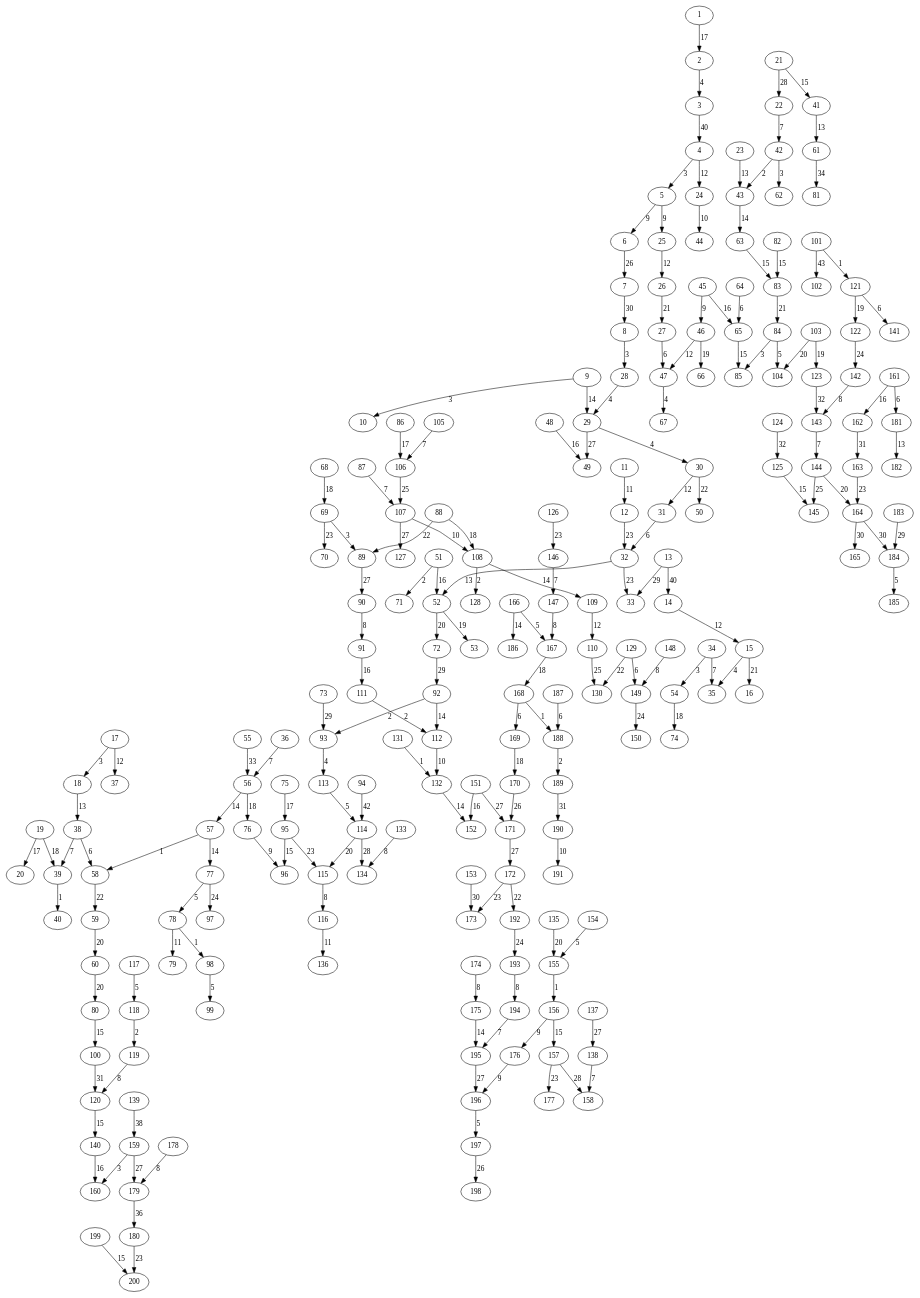
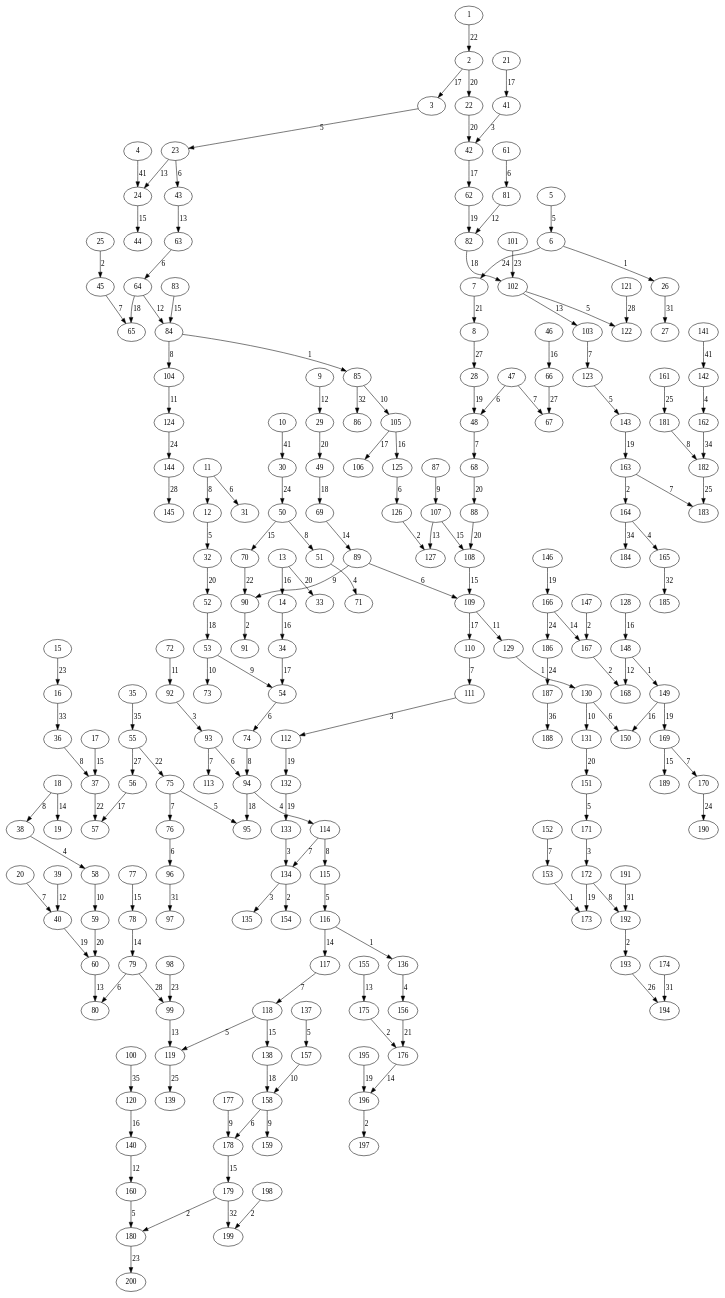
One commit to stormKx18/cic_algoritmos_proyecto4_Christian_Jaime changed the diagram in graphviz/grafoMalla_m_20_n_10_KruskalD.gv. Above: the diagram before and after it, drawn with Graphviz. The commit also changed 19 other files, not shown here.

```diff
--- a/graphviz/grafoMalla_m_20_n_10_KruskalD.gv
+++ b/graphviz/grafoMalla_m_20_n_10_KruskalD.gv
@@ -1,201 +1,401 @@
 digraph grafoMalla_m_20_n_10_KruskalD {
-39 -> 40[label=1 weight=1];
-57 -> 58[label=1 weight=1];
-131 -> 132[label=1 weight=1];
-101 -> 121[label=1 weight=1];
-78 -> 98[label=1 weight=1];
-168 -> 188[label=1 weight=1];
-155 -> 156[label=1 weight=1];
-118 -> 119[label=2 weight=2];
-108 -> 128[label=2 weight=2];
-111 -> 112[label=2 weight=2];
-51 -> 71[label=2 weight=2];
-188 -> 189[label=2 weight=2];
-92 -> 93[label=2 weight=2];
-42 -> 43[label=2 weight=2];
-4 -> 5[label=3 weight=3];
-42 -> 62[label=3 weight=3];
-84 -> 85[label=3 weight=3];
-9 -> 10[label=3 weight=3];
-159 -> 160[label=3 weight=3];
-8 -> 28[label=3 weight=3];
-17 -> 18[label=3 weight=3];
-34 -> 54[label=3 weight=3];
-69 -> 89[label=3 weight=3];
-15 -> 35[label=4 weight=4];
-29 -> 30[label=4 weight=4];
-2 -> 3[label=4 weight=4];
-28 -> 29[label=4 weight=4];
-93 -> 113[label=4 weight=4];
-47 -> 67[label=4 weight=4];
-117 -> 118[label=5 weight=5];
-113 -> 114[label=5 weight=5];
-98 -> 99[label=5 weight=5];
-196 -> 197[label=5 weight=5];
-184 -> 185[label=5 weight=5];
-84 -> 104[label=5 weight=5];
-166 -> 167[label=5 weight=5];
-77 -> 78[label=5 weight=5];
-154 -> 155[label=5 weight=5];
-31 -> 32[label=6 weight=6];
-64 -> 65[label=6 weight=6];
-129 -> 149[label=6 weight=6];
-121 -> 141[label=6 weight=6];
-27 -> 47[label=6 weight=6];
-187 -> 188[label=6 weight=6];
-168 -> 169[label=6 weight=6];
-161 -> 181[label=6 weight=6];
-38 -> 58[label=6 weight=6];
-105 -> 106[label=7 weight=7];
-194 -> 195[label=7 weight=7];
-87 -> 107[label=7 weight=7];
-22 -> 42[label=7 weight=7];
-38 -> 39[label=7 weight=7];
-36 -> 56[label=7 weight=7];
-146 -> 147[label=7 weight=7];
-143 -> 144[label=7 weight=7];
-34 -> 35[label=7 weight=7];
-138 -> 158[label=7 weight=7];
-119 -> 120[label=8 weight=8];
-115 -> 116[label=8 weight=8];
-193 -> 194[label=8 weight=8];
-90 -> 91[label=8 weight=8];
-178 -> 179[label=8 weight=8];
-174 -> 175[label=8 weight=8];
-148 -> 149[label=8 weight=8];
-147 -> 167[label=8 weight=8];
-142 -> 143[label=8 weight=8];
-133 -> 134[label=8 weight=8];
-176 -> 196[label=9 weight=9];
-45 -> 46[label=9 weight=9];
-5 -> 25[label=9 weight=9];
-156 -> 176[label=9 weight=9];
-76 -> 96[label=9 weight=9];
-5 -> 6[label=9 weight=9];
-112 -> 132[label=10 weight=10];
-107 -> 108[label=10 weight=10];
-24 -> 44[label=10 weight=10];
-190 -> 191[label=10 weight=10];
-116 -> 136[label=11 weight=11];
-11 -> 12[label=11 weight=11];
-78 -> 79[label=11 weight=11];
-30 -> 31[label=12 weight=12];
-14 -> 15[label=12 weight=12];
-109 -> 110[label=12 weight=12];
-25 -> 26[label=12 weight=12];
-46 -> 47[label=12 weight=12];
-4 -> 24[label=12 weight=12];
-17 -> 37[label=12 weight=12];
-32 -> 52[label=13 weight=13];
-23 -> 43[label=13 weight=13];
-181 -> 182[label=13 weight=13];
-41 -> 61[label=13 weight=13];
-18 -> 38[label=13 weight=13];
-57 -> 77[label=14 weight=14];
-56 -> 57[label=14 weight=14];
-108 -> 109[label=14 weight=14];
-43 -> 63[label=14 weight=14];
-175 -> 195[label=14 weight=14];
-92 -> 112[label=14 weight=14];
-166 -> 186[label=14 weight=14];
-9 -> 29[label=14 weight=14];
-132 -> 152[label=14 weight=14];
-65 -> 85[label=15 weight=15];
-63 -> 83[label=15 weight=15];
-125 -> 145[label=15 weight=15];
-120 -> 140[label=15 weight=15];
-95 -> 96[label=15 weight=15];
-199 -> 200[label=15 weight=15];
-21 -> 41[label=15 weight=15];
-82 -> 83[label=15 weight=15];
-80 -> 100[label=15 weight=15];
-156 -> 157[label=15 weight=15];
-51 -> 52[label=16 weight=16];
-48 -> 49[label=16 weight=16];
-45 -> 65[label=16 weight=16];
-91 -> 111[label=16 weight=16];
-161 -> 162[label=16 weight=16];
-151 -> 152[label=16 weight=16];
-140 -> 160[label=16 weight=16];
-1 -> 2[label=17 weight=17];
-86 -> 106[label=17 weight=17];
-19 -> 20[label=17 weight=17];
-75 -> 95[label=17 weight=17];
-56 -> 76[label=18 weight=18];
-169 -> 170[label=18 weight=18];
-54 -> 74[label=18 weight=18];
-88 -> 108[label=18 weight=18];
-167 -> 168[label=18 weight=18];
-19 -> 39[label=18 weight=18];
-68 -> 69[label=18 weight=18];
-121 -> 122[label=19 weight=19];
-52 -> 53[label=19 weight=19];
-103 -> 123[label=19 weight=19];
-46 -> 66[label=19 weight=19];
-60 -> 80[label=20 weight=20];
+1;
+2;
+3;
+4;
+5;
+6;
+7;
+8;
+9;
+10;
+11;
+12;
+13;
+14;
+15;
+16;
+17;
+18;
+19;
+20;
+21;
+22;
+23;
+24;
+25;
+26;
+27;
+28;
+29;
+30;
+31;
+32;
+33;
+34;
+35;
+36;
+37;
+38;
+39;
+40;
+41;
+42;
+43;
+44;
+45;
+46;
+47;
+48;
+49;
+50;
+51;
+52;
+53;
+54;
+55;
+56;
+57;
+58;
+59;
+60;
+61;
+62;
+63;
+64;
+65;
+66;
+67;
+68;
+69;
+70;
+71;
+72;
+73;
+74;
+75;
+76;
+77;
+78;
+79;
+80;
+81;
+82;
+83;
+84;
+85;
+86;
+87;
+88;
+89;
+90;
+91;
+92;
+93;
+94;
+95;
+96;
+97;
+98;
+99;
+100;
+101;
+102;
+103;
+104;
+105;
+106;
+107;
+108;
+109;
+110;
+111;
+112;
+113;
+114;
+115;
+116;
+117;
+118;
+119;
+120;
+121;
+122;
+123;
+124;
+125;
+126;
+127;
+128;
+129;
+130;
+131;
+132;
+133;
+134;
+135;
+136;
+137;
+138;
+139;
+140;
+141;
+142;
+143;
+144;
+145;
+146;
+147;
+148;
+149;
+150;
+151;
+152;
+153;
+154;
+155;
+156;
+157;
+158;
+159;
+160;
+161;
+162;
+163;
+164;
+165;
+166;
+167;
+168;
+169;
+170;
+171;
+172;
+173;
+174;
+175;
+176;
+177;
+178;
+179;
+180;
+181;
+182;
+183;
+184;
+185;
+186;
+187;
+188;
+189;
+190;
+191;
+192;
+193;
+194;
+195;
+196;
+197;
+198;
+199;
+200;
+6 -> 26[label=1 weight=1];
+116 -> 136[label=1 weight=1];
+129 -> 130[label=1 weight=1];
+84 -> 85[label=1 weight=1];
+148 -> 149[label=1 weight=1];
+153 -> 173[label=1 weight=1];
+25 -> 45[label=2 weight=2];
+126 -> 127[label=2 weight=2];
+90 -> 91[label=2 weight=2];
+192 -> 193[label=2 weight=2];
+198 -> 199[label=2 weight=2];
+196 -> 197[label=2 weight=2];
+167 -> 168[label=2 weight=2];
+175 -> 176[label=2 weight=2];
+179 -> 180[label=2 weight=2];
+163 -> 164[label=2 weight=2];
+134 -> 154[label=2 weight=2];
+147 -> 167[label=2 weight=2];
+111 -> 112[label=3 weight=3];
+92 -> 93[label=3 weight=3];
+41 -> 42[label=3 weight=3];
+171 -> 172[label=3 weight=3];
+133 -> 134[label=3 weight=3];
+134 -> 135[label=3 weight=3];
+51 -> 71[label=4 weight=4];
+94 -> 114[label=4 weight=4];
+164 -> 165[label=4 weight=4];
+142 -> 162[label=4 weight=4];
+136 -> 156[label=4 weight=4];
+38 -> 58[label=4 weight=4];
+123 -> 143[label=5 weight=5];
+115 -> 116[label=5 weight=5];
+118 -> 119[label=5 weight=5];
+3 -> 23[label=5 weight=5];
+12 -> 32[label=5 weight=5];
+102 -> 122[label=5 weight=5];
+160 -> 180[label=5 weight=5];
+5 -> 6[label=5 weight=5];
+75 -> 95[label=5 weight=5];
+151 -> 171[label=5 weight=5];
+137 -> 157[label=5 weight=5];
+130 -> 150[label=6 weight=6];
+63 -> 64[label=6 weight=6];
+125 -> 126[label=6 weight=6];
+61 -> 81[label=6 weight=6];
+54 -> 74[label=6 weight=6];
+23 -> 43[label=6 weight=6];
+93 -> 94[label=6 weight=6];
+47 -> 48[label=6 weight=6];
+89 -> 109[label=6 weight=6];
+11 -> 31[label=6 weight=6];
+79 -> 80[label=6 weight=6];
+158 -> 178[label=6 weight=6];
+76 -> 96[label=6 weight=6];
+117 -> 118[label=7 weight=7];
+114 -> 134[label=7 weight=7];
+110 -> 111[label=7 weight=7];
+103 -> 123[label=7 weight=7];
+48 -> 68[label=7 weight=7];
+47 -> 67[label=7 weight=7];
+93 -> 113[label=7 weight=7];
+45 -> 65[label=7 weight=7];
+169 -> 170[label=7 weight=7];
+163 -> 183[label=7 weight=7];
+20 -> 40[label=7 weight=7];
+152 -> 153[label=7 weight=7];
+75 -> 76[label=7 weight=7];
+114 -> 115[label=8 weight=8];
+50 -> 51[label=8 weight=8];
+11 -> 12[label=8 weight=8];
+181 -> 182[label=8 weight=8];
+172 -> 192[label=8 weight=8];
+84 -> 104[label=8 weight=8];
+18 -> 38[label=8 weight=8];
+74 -> 94[label=8 weight=8];
+36 -> 37[label=8 weight=8];
+53 -> 54[label=9 weight=9];
+89 -> 90[label=9 weight=9];
+87 -> 107[label=9 weight=9];
+177 -> 178[label=9 weight=9];
+158 -> 159[label=9 weight=9];
+130 -> 131[label=10 weight=10];
+58 -> 59[label=10 weight=10];
+53 -> 73[label=10 weight=10];
+85 -> 105[label=10 weight=10];
+157 -> 158[label=10 weight=10];
+109 -> 129[label=11 weight=11];
+104 -> 124[label=11 weight=11];
+72 -> 92[label=11 weight=11];
+64 -> 84[label=12 weight=12];
+9 -> 29[label=12 weight=12];
+81 -> 82[label=12 weight=12];
+39 -> 40[label=12 weight=12];
+148 -> 168[label=12 weight=12];
+140 -> 160[label=12 weight=12];
+60 -> 80[label=13 weight=13];
+107 -> 127[label=13 weight=13];
+102 -> 103[label=13 weight=13];
+99 -> 119[label=13 weight=13];
+23 -> 24[label=13 weight=13];
+43 -> 63[label=13 weight=13];
+155 -> 175[label=13 weight=13];
+116 -> 117[label=14 weight=14];
+176 -> 196[label=14 weight=14];
+166 -> 167[label=14 weight=14];
+78 -> 79[label=14 weight=14];
+18 -> 19[label=14 weight=14];
+69 -> 89[label=14 weight=14];
+118 -> 138[label=15 weight=15];
+108 -> 109[label=15 weight=15];
+107 -> 108[label=15 weight=15];
+50 -> 70[label=15 weight=15];
+24 -> 44[label=15 weight=15];
+178 -> 179[label=15 weight=15];
+169 -> 189[label=15 weight=15];
+83 -> 84[label=15 weight=15];
+77 -> 78[label=15 weight=15];
+17 -> 37[label=15 weight=15];
+128 -> 148[label=16 weight=16];
+14 -> 34[label=16 weight=16];
+120 -> 140[label=16 weight=16];
+105 -> 125[label=16 weight=16];
+13 -> 14[label=16 weight=16];
+46 -> 66[label=16 weight=16];
+149 -> 150[label=16 weight=16];
+56 -> 57[label=17 weight=17];
+109 -> 110[label=17 weight=17];
+105 -> 106[label=17 weight=17];
+2 -> 3[label=17 weight=17];
+21 -> 41[label=17 weight=17];
+42 -> 62[label=17 weight=17];
+34 -> 54[label=17 weight=17];
+64 -> 65[label=18 weight=18];
+52 -> 53[label=18 weight=18];
+49 -> 69[label=18 weight=18];
+82 -> 102[label=18 weight=18];
+94 -> 95[label=18 weight=18];
+138 -> 158[label=18 weight=18];
+62 -> 82[label=19 weight=19];
+112 -> 132[label=19 weight=19];
+28 -> 48[label=19 weight=19];
+195 -> 196[label=19 weight=19];
+172 -> 173[label=19 weight=19];
+40 -> 60[label=19 weight=19];
+149 -> 169[label=19 weight=19];
+146 -> 166[label=19 weight=19];
+143 -> 163[label=19 weight=19];
+132 -> 133[label=19 weight=19];
+32 -> 52[label=20 weight=20];
+88 -> 108[label=20 weight=20];
 59 -> 60[label=20 weight=20];
-114 -> 115[label=20 weight=20];
-52 -> 72[label=20 weight=20];
-103 -> 104[label=20 weight=20];
-144 -> 164[label=20 weight=20];
-135 -> 155[label=20 weight=20];
-15 -> 16[label=21 weight=21];
-26 -> 27[label=21 weight=21];
-83 -> 84[label=21 weight=21];
-129 -> 130[label=22 weight=22];
-30 -> 50[label=22 weight=22];
-58 -> 59[label=22 weight=22];
-88 -> 89[label=22 weight=22];
-172 -> 192[label=22 weight=22];
-32 -> 33[label=23 weight=23];
-126 -> 146[label=23 weight=23];
-12 -> 32[label=23 weight=23];
-95 -> 115[label=23 weight=23];
-172 -> 173[label=23 weight=23];
-163 -> 164[label=23 weight=23];
-157 -> 177[label=23 weight=23];
+29 -> 49[label=20 weight=20];
+13 -> 33[label=20 weight=20];
+22 -> 42[label=20 weight=20];
+2 -> 22[label=20 weight=20];
+68 -> 88[label=20 weight=20];
+131 -> 151[label=20 weight=20];
+7 -> 8[label=21 weight=21];
+156 -> 176[label=21 weight=21];
+55 -> 75[label=22 weight=22];
+1 -> 2[label=22 weight=22];
+37 -> 57[label=22 weight=22];
+70 -> 90[label=22 weight=22];
+15 -> 16[label=23 weight=23];
+101 -> 102[label=23 weight=23];
+98 -> 99[label=23 weight=23];
 180 -> 200[label=23 weight=23];
-69 -> 70[label=23 weight=23];
-122 -> 142[label=24 weight=24];
-192 -> 193[label=24 weight=24];
-77 -> 97[label=24 weight=24];
-149 -> 150[label=24 weight=24];
-110 -> 130[label=25 weight=25];
-106 -> 107[label=25 weight=25];
-144 -> 145[label=25 weight=25];
-170 -> 171[label=26 weight=26];
-197 -> 198[label=26 weight=26];
-6 -> 7[label=26 weight=26];
-29 -> 49[label=27 weight=27];
-89 -> 90[label=27 weight=27];
-107 -> 127[label=27 weight=27];
-195 -> 196[label=27 weight=27];
-171 -> 172[label=27 weight=27];
-159 -> 179[label=27 weight=27];
-151 -> 171[label=27 weight=27];
-137 -> 138[label=27 weight=27];
-114 -> 134[label=28 weight=28];
-21 -> 22[label=28 weight=28];
-157 -> 158[label=28 weight=28];
-13 -> 33[label=29 weight=29];
-183 -> 184[label=29 weight=29];
-72 -> 92[label=29 weight=29];
-73 -> 93[label=29 weight=29];
-7 -> 8[label=30 weight=30];
-153 -> 173[label=30 weight=30];
-164 -> 184[label=30 weight=30];
-164 -> 165[label=30 weight=30];
-100 -> 120[label=31 weight=31];
-162 -> 163[label=31 weight=31];
-189 -> 190[label=31 weight=31];
-123 -> 143[label=32 weight=32];
-124 -> 125[label=32 weight=32];
-55 -> 56[label=33 weight=33];
-61 -> 81[label=34 weight=34];
-179 -> 180[label=36 weight=36];
-139 -> 159[label=38 weight=38];
-3 -> 4[label=40 weight=40];
-13 -> 14[label=40 weight=40];
-94 -> 114[label=42 weight=42];
-101 -> 102[label=43 weight=43];
+124 -> 144[label=24 weight=24];
+30 -> 50[label=24 weight=24];
+6 -> 7[label=24 weight=24];
+166 -> 186[label=24 weight=24];
+186 -> 187[label=24 weight=24];
+170 -> 190[label=24 weight=24];
+119 -> 139[label=25 weight=25];
+182 -> 183[label=25 weight=25];
+161 -> 181[label=25 weight=25];
+193 -> 194[label=26 weight=26];
+55 -> 56[label=27 weight=27];
+8 -> 28[label=27 weight=27];
+66 -> 67[label=27 weight=27];
+121 -> 122[label=28 weight=28];
+79 -> 99[label=28 weight=28];
+144 -> 145[label=28 weight=28];
+26 -> 27[label=31 weight=31];
+96 -> 97[label=31 weight=31];
+191 -> 192[label=31 weight=31];
+174 -> 194[label=31 weight=31];
+165 -> 185[label=32 weight=32];
+85 -> 86[label=32 weight=32];
+179 -> 199[label=32 weight=32];
+16 -> 36[label=33 weight=33];
+164 -> 184[label=34 weight=34];
+162 -> 182[label=34 weight=34];
+35 -> 55[label=35 weight=35];
+100 -> 120[label=35 weight=35];
+187 -> 188[label=36 weight=36];
+4 -> 24[label=41 weight=41];
+10 -> 30[label=41 weight=41];
+141 -> 142[label=41 weight=41];
 }
```
